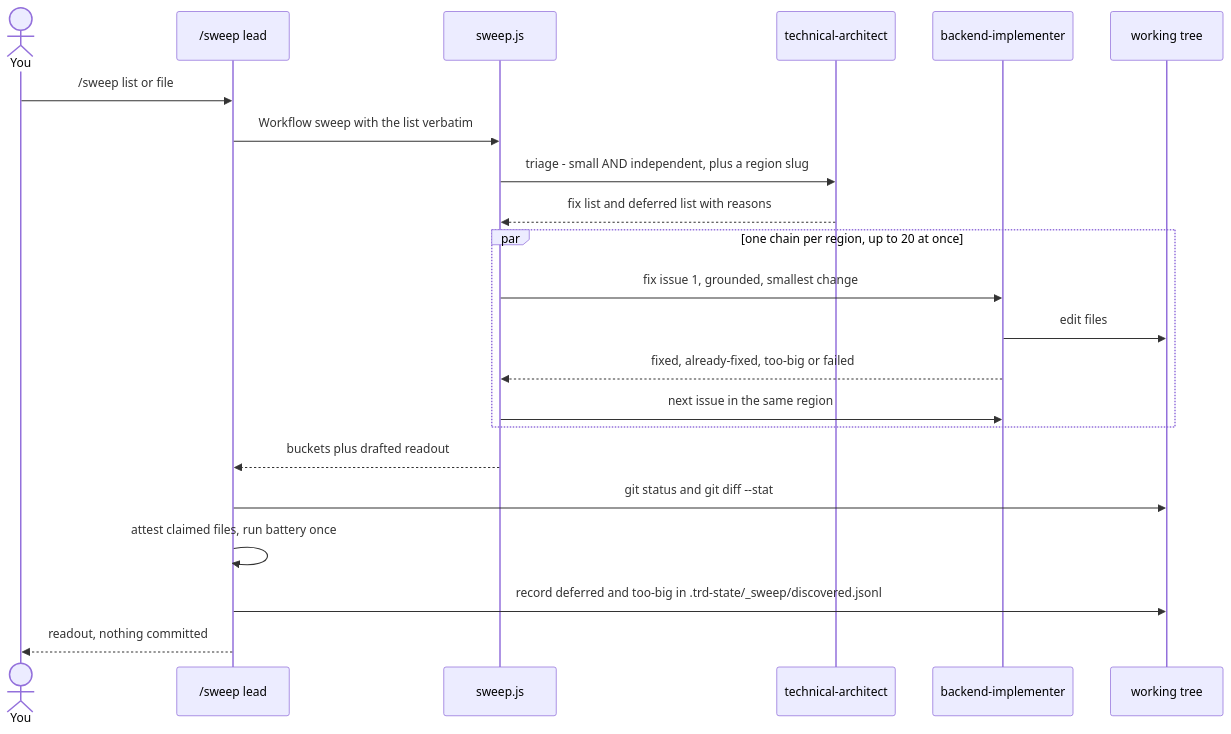
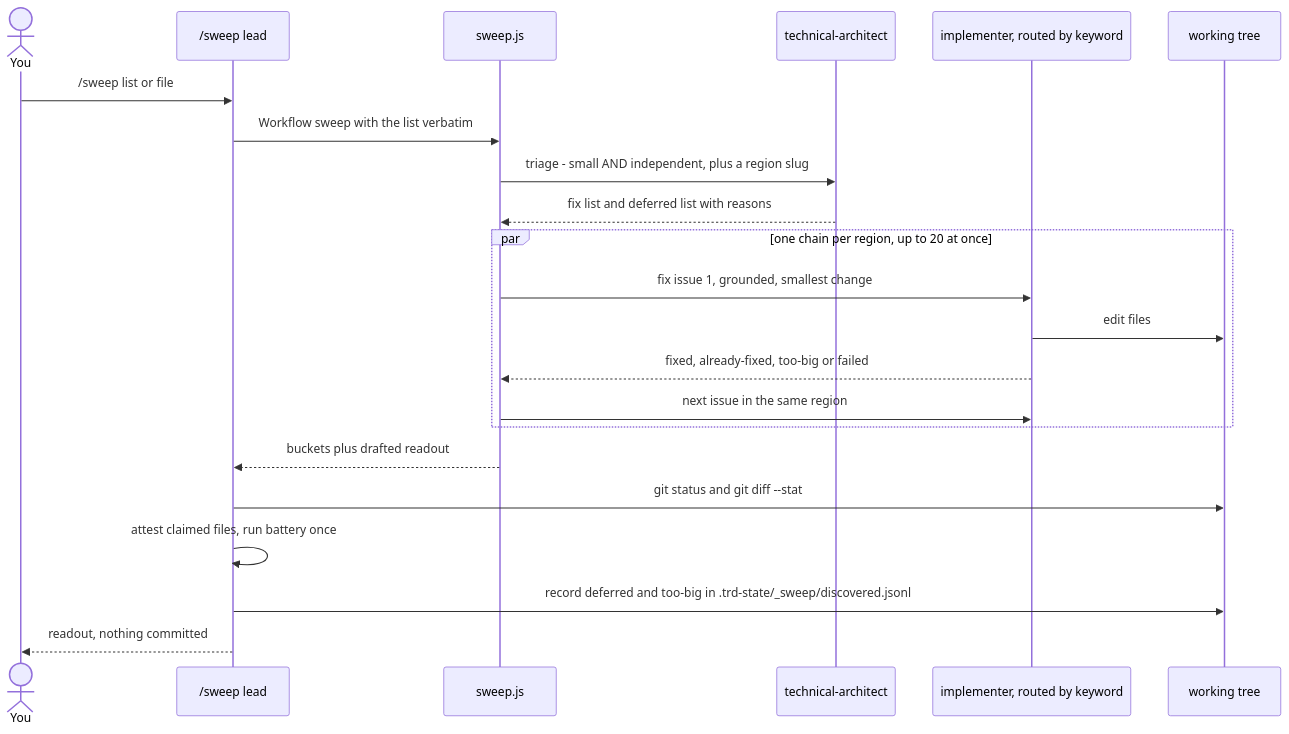
The second of 3 diagrams in docs/reference/other-commands.md (FortiumPartners/ensemble-vnext), drawn with Mermaid before and after one commit. The commit also changed other lines of this file and 128 other files, not shown here.

````diff
--- a/docs/reference/other-commands.md
+++ b/docs/reference/other-commands.md
@@ -128,24 +204,24 @@
 ```mermaid
 sequenceDiagram
     actor You
     participant Lead as /sweep lead
     participant WF as sweep.js
     participant Tri as technical-architect
-    participant Fix as backend-implementer
+    participant Fix as implementer, routed by keyword
     participant Disk as working tree
     You->>Lead: /sweep list or file
     Lead->>WF: Workflow sweep with the list verbatim
     WF->>Tri: triage - small AND independent, plus a region slug
     Tri-->>WF: fix list and deferred list with reasons
     par one chain per region, up to 20 at once
         WF->>Fix: fix issue 1, grounded, smallest change
         Fix->>Disk: edit files
         Fix-->>WF: fixed, already-fixed, too-big or failed
         WF->>Fix: next issue in the same region
     end
     WF-->>Lead: buckets plus drafted readout
     Lead->>Disk: git status and git diff --stat
     Lead->>Lead: attest claimed files, run battery once
     Lead->>Disk: record deferred and too-big in .trd-state/_sweep/discovered.jsonl
     Lead-->>You: readout, nothing committed
 ```
````
